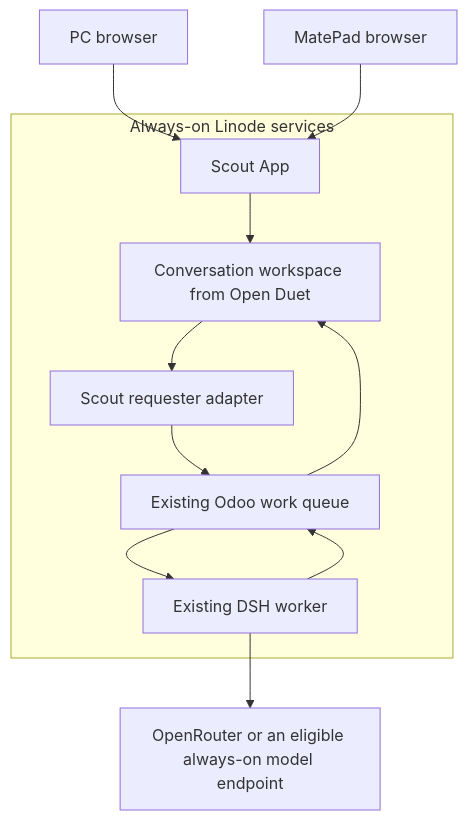
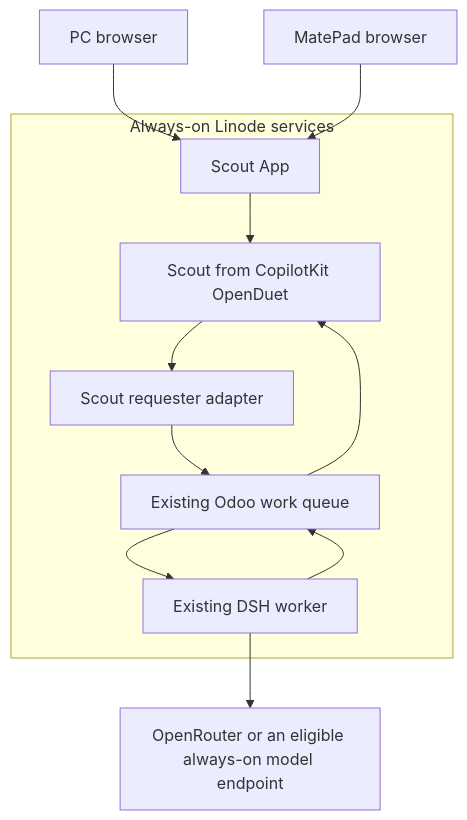
Before and after one commit to Nepritariel08/scout-workspace: the diagram in docs/SCOUT-SERVER-PLAN.md, drawn with Mermaid. The commit also changed other lines of this file and 5 other files, not shown here.

Commit message:
docs: pivot Scout architecture to CopilotKit OpenDuet

````diff
--- a/docs/SCOUT-SERVER-PLAN.md
+++ b/docs/SCOUT-SERVER-PLAN.md
@@ -37,14 +37,14 @@
 ```mermaid
 flowchart TD
     PC[PC browser] --> S[Scout App]
     MP[MatePad browser] --> S
     subgraph Linode[Always-on Linode services]
-        S --> W[Conversation workspace from Open Duet]
+        S --> W[Scout from CopilotKit OpenDuet]
         W --> A[Scout requester adapter]
         A --> Q[Existing Odoo work queue]
         Q --> D[Existing DSH worker]
         D --> Q
         Q --> W
     end
     D --> M[OpenRouter or an eligible always-on model endpoint]
 ```
````
